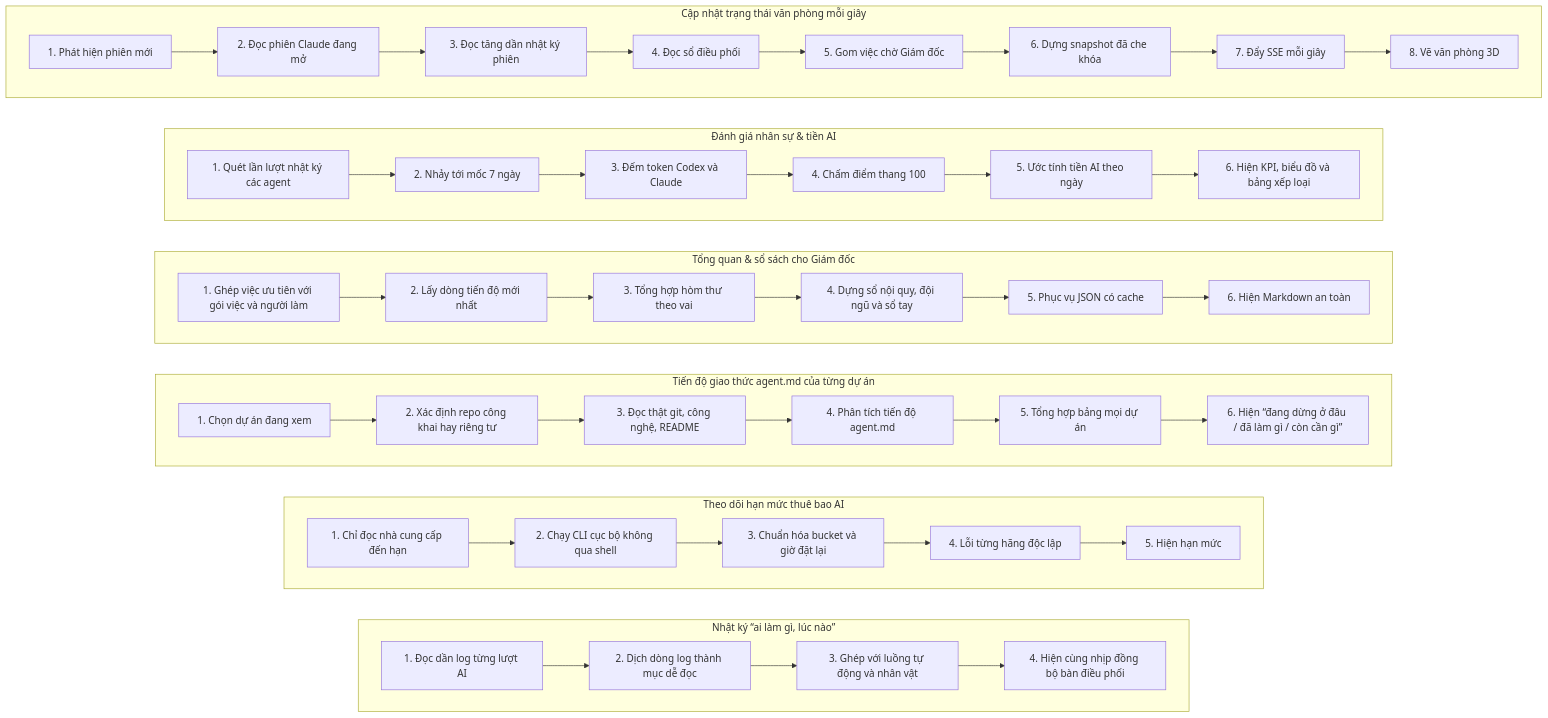
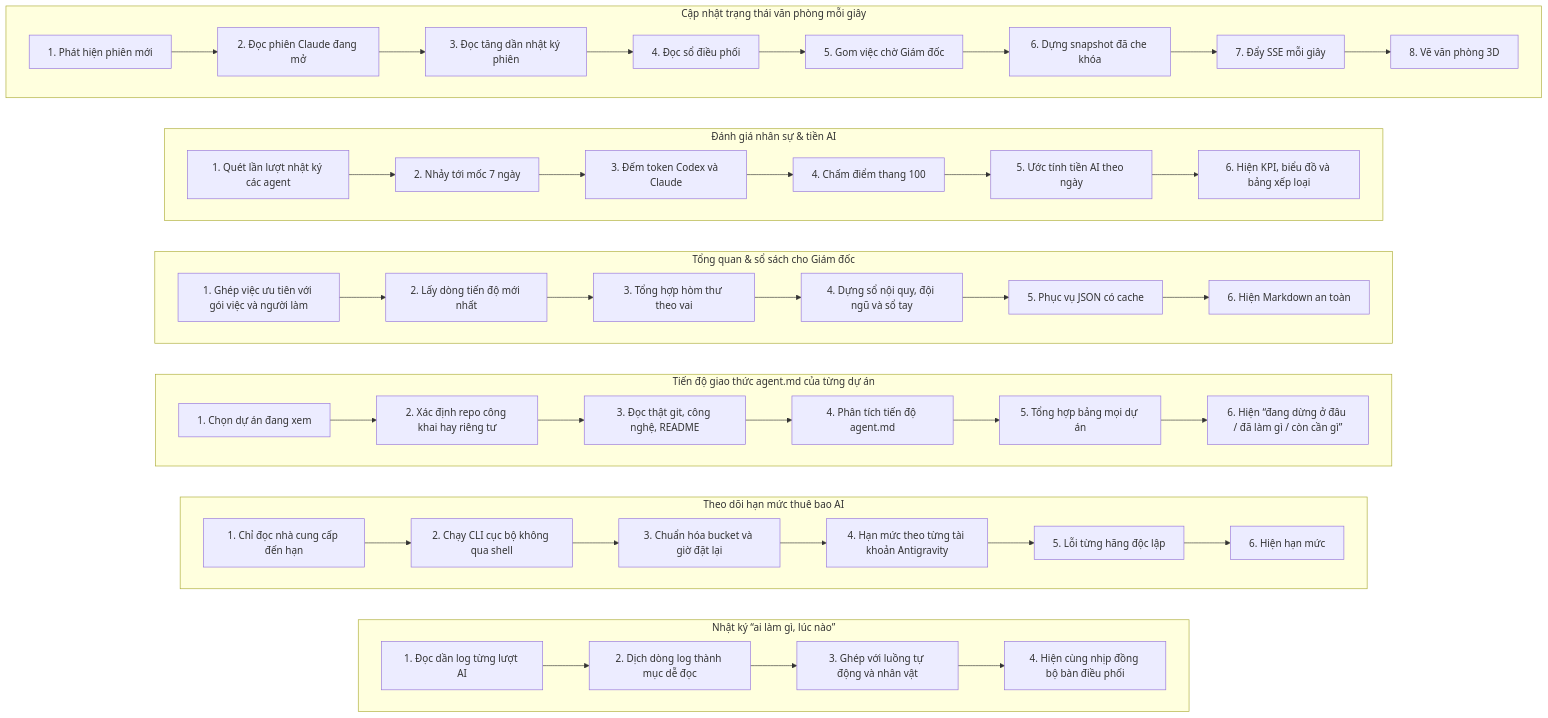
The fourth of 11 diagrams in docs/BAN-DO-HE-THONG.md (Thequancute215-sys/V-n-ph-ng-ch-nh-ph-), drawn with Mermaid before and after one commit. The commit also changed other lines of this file and 6 other files, not shown here.

```diff
--- a/docs/BAN-DO-HE-THONG.md
+++ b/docs/BAN-DO-HE-THONG.md
@@ -340,11 +383,13 @@
     step_theo_doi_han_muc_den_han["1. Chỉ đọc nhà cung cấp đến hạn"]
     step_theo_doi_han_muc_chay_cli["2. Chạy CLI cục bộ không qua shell"]
     step_theo_doi_han_muc_chuan_hoa["3. Chuẩn hóa bucket và giờ đặt lại"]
-    step_theo_doi_han_muc_loi_doc_lap["4. Lỗi từng hãng độc lập"]
-    step_theo_doi_han_muc_hien_han_muc["5. Hiện hạn mức"]
+    step_theo_doi_han_muc_tai_khoan_agy["4. Hạn mức theo từng tài khoản Antigravity"]
+    step_theo_doi_han_muc_loi_doc_lap["5. Lỗi từng hãng độc lập"]
+    step_theo_doi_han_muc_hien_han_muc["6. Hiện hạn mức"]
     step_theo_doi_han_muc_den_han --> step_theo_doi_han_muc_chay_cli
     step_theo_doi_han_muc_chay_cli --> step_theo_doi_han_muc_chuan_hoa
-    step_theo_doi_han_muc_chuan_hoa --> step_theo_doi_han_muc_loi_doc_lap
+    step_theo_doi_han_muc_chuan_hoa --> step_theo_doi_han_muc_tai_khoan_agy
+    step_theo_doi_han_muc_tai_khoan_agy --> step_theo_doi_han_muc_loi_doc_lap
     step_theo_doi_han_muc_loi_doc_lap --> step_theo_doi_han_muc_hien_han_muc
   end
   subgraph flow_nhat_ky_van_phong["Nhật ký “ai làm gì, lúc nào”"]
```
